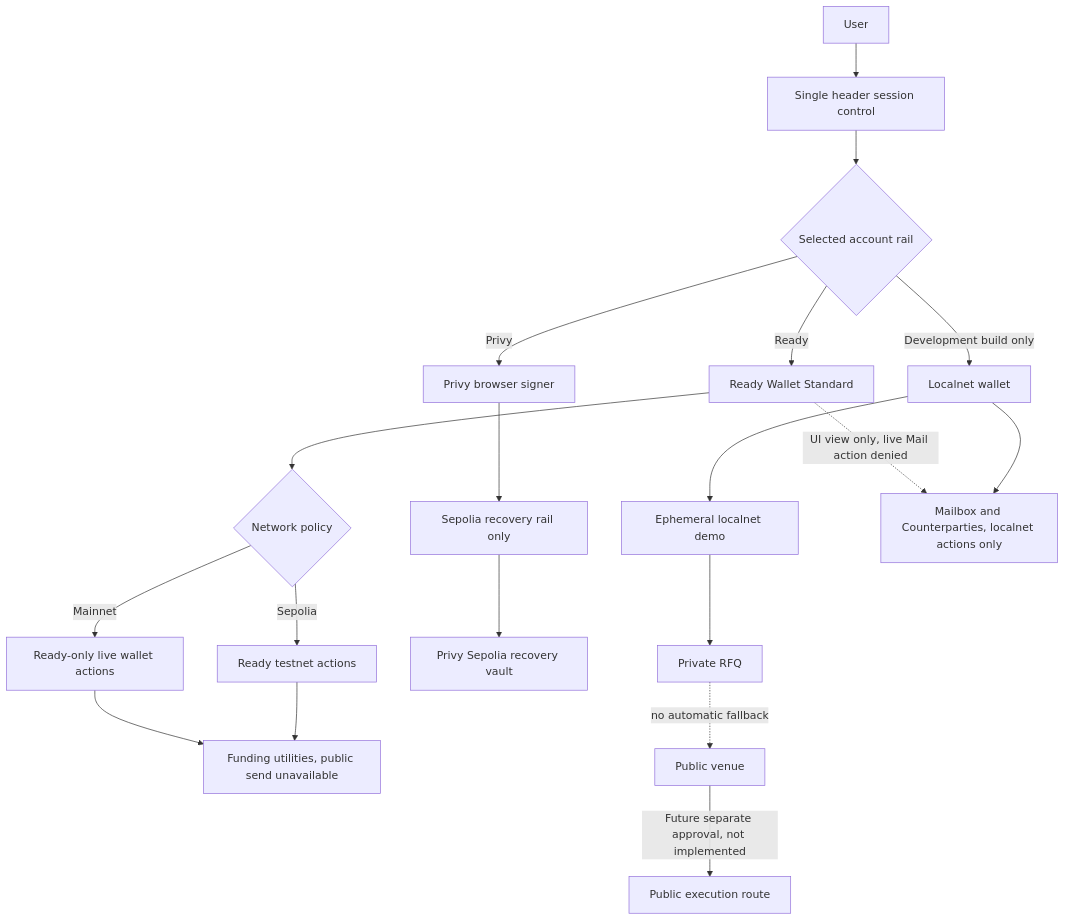
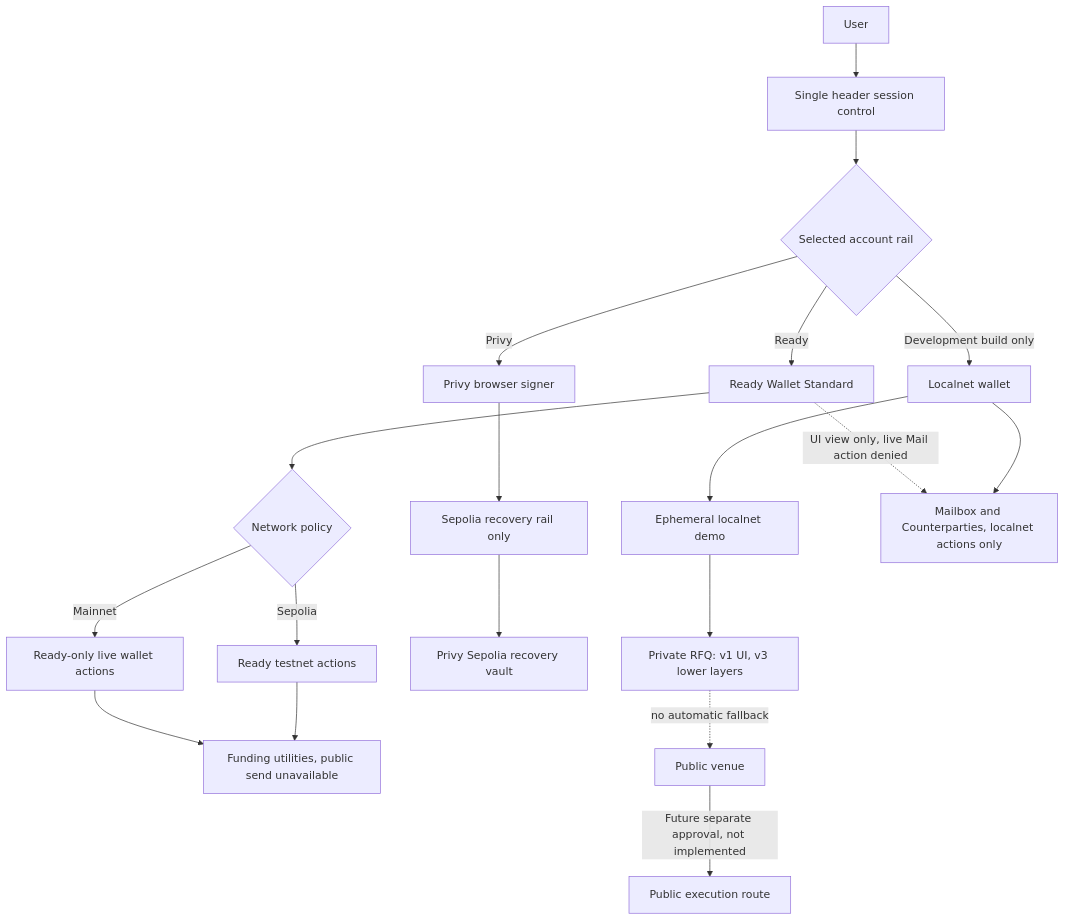
Before and after one commit to gstohl/app20: the first of 10 diagrams in docs/APP20_PROCESS_DIAGRAMS.md, drawn with Mermaid. The commit also changed other lines of this file and 80 other files, not shown here.

````diff
--- a/docs/APP20_PROCESS_DIAGRAMS.md
+++ b/docs/APP20_PROCESS_DIAGRAMS.md
@@ -7,26 +7,26 @@
 ```mermaid
 flowchart TD
     U[User] --> H[Single header session control]
     H --> R{Selected account rail}
 
     R -->|Ready| RW[Ready Wallet Standard]
     R -->|Privy| PV[Privy browser signer]
     R -->|Development build only| LW[Localnet wallet]
 
     RW --> RN{Network policy}
     RN -->|Mainnet| RM[Ready-only live wallet actions]
     RN -->|Sepolia| RS[Ready testnet actions]
 
     PV --> PS[Sepolia recovery rail only]
     LW --> LD[Ephemeral localnet demo]
 
     RM --> V[Funding utilities, public send unavailable]
     RS --> V
     PS --> PR[Privy Sepolia recovery vault]
-    LD --> D[Private RFQ]
+    LD --> D[Private RFQ: v1 UI, v3 lower layers]
     RW -. UI view only, live Mail action denied .-> M[Mailbox and Counterparties, localnet actions only]
     LW --> M
 
     D -. no automatic fallback .-> X[Public venue]
     X -->|Future separate approval, not implemented| PX[Public execution route]
 ```
````
